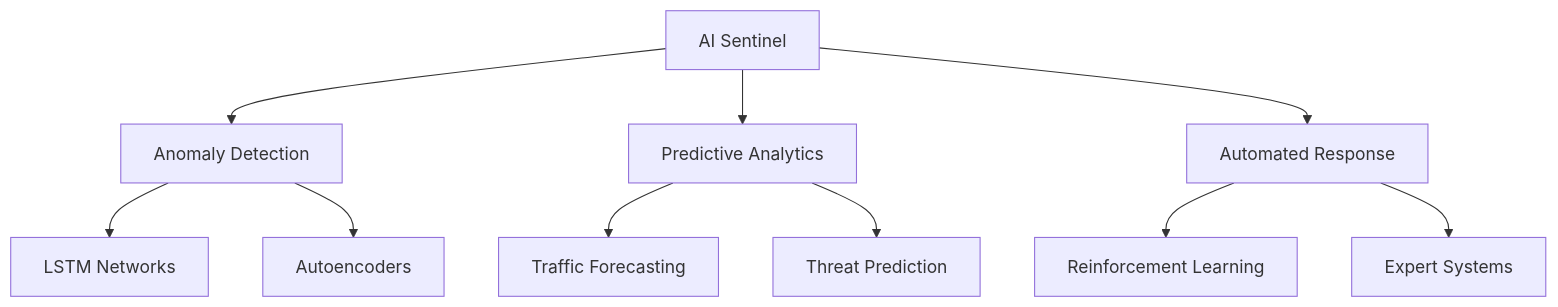
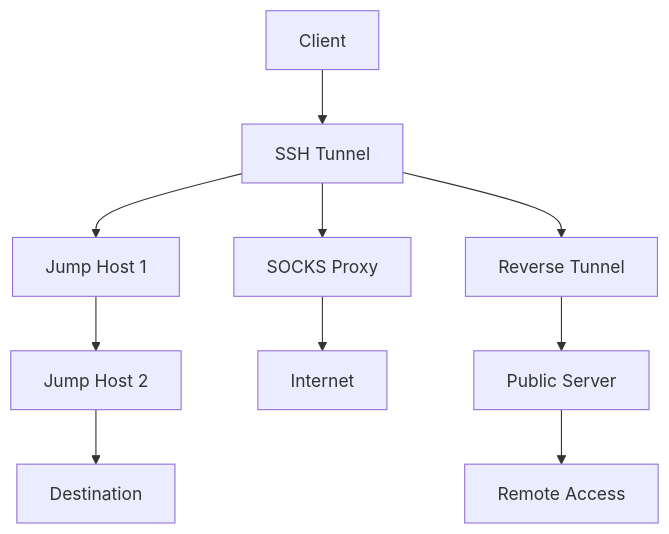
One commit to cipherbite/mastering-linux changed the second of 6 diagrams in mastering-ssh-part-one/6 - Advance SSH Usage.md. Above: the diagram before and after it, drawn with Mermaid. The commit also changed other lines of this file, not shown here.

Commit message:
Update 6 - Advance SSH Usage.md

````diff
--- a/mastering-ssh-part-one/6 - Advance SSH Usage.md
+++ b/mastering-ssh-part-one/6 - Advance SSH Usage.md
@@ -101,12 +130,12 @@
 ```mermaid
 graph TD
-    A[AI Sentinel] --> B[Anomaly Detection]
-    A --> C[Predictive Analytics]
-    A --> D[Automated Response]
-    B --> E[LSTM Networks]
-    B --> F[Autoencoders]
-    C --> G[Traffic Forecasting]
-    C --> H[Threat Prediction]
-    D --> I[Reinforcement Learning]
-    D --> J[Expert Systems]
+    A[Client] --> B[SSH Tunnel]
+    B --> C[Jump Host 1]
+    C --> D[Jump Host 2]
+    D --> E[Destination]
+    B --> F[SOCKS Proxy]
+    F --> G[Internet]
+    B --> H[Reverse Tunnel]
+    H --> I[Public Server]
+    I --> J[Remote Access]
 ```
````
